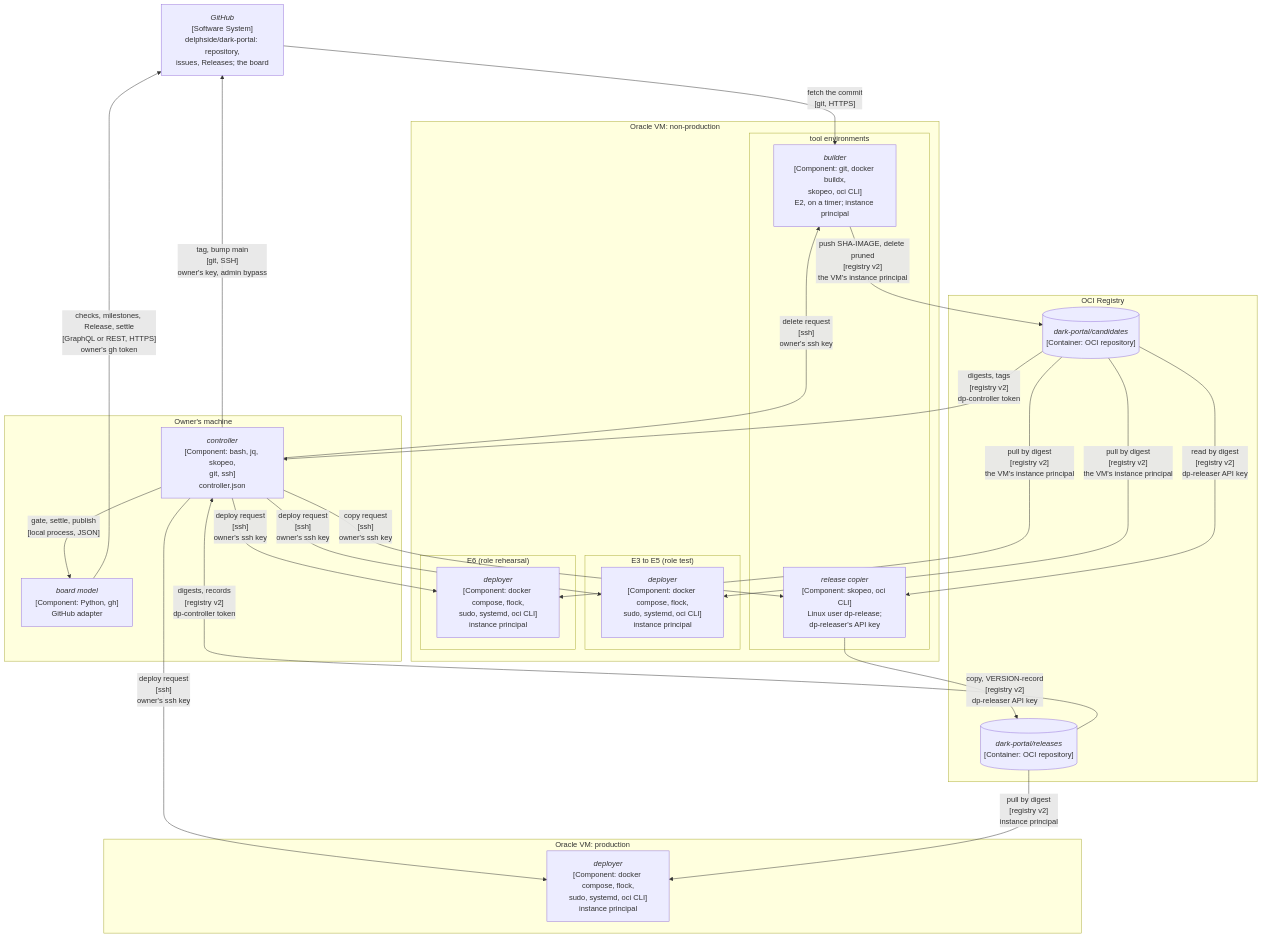
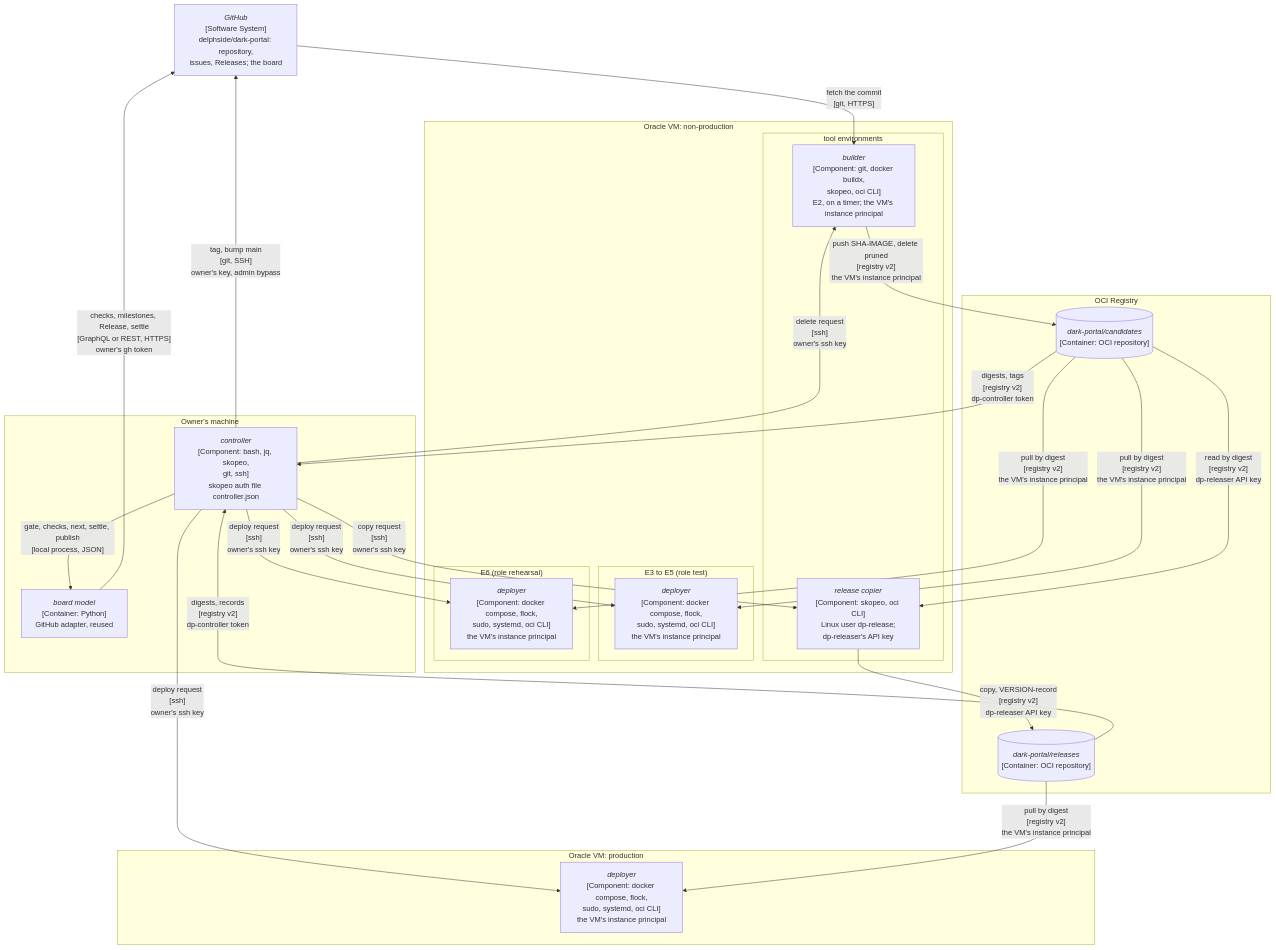
Before and after one commit to delphside/programme: the fourth of 6 diagrams in records/2.5-changes/programme-tooling/117-generic-deliver-tool/design.md, drawn with Mermaid. The commit also changed other lines of this file and 2 other files, not shown here.

First line of the commit message:
Change 117: apply the document reviews of the board model's part

````diff
--- a/records/2.5-changes/programme-tooling/117-generic-deliver-tool/design.md
+++ b/records/2.5-changes/programme-tooling/117-generic-deliver-tool/design.md
@@ -242,44 +241,44 @@
 ```mermaid
 flowchart TB
   GH["<i>GitHub</i><br>[Software System]<br>delphside/dark-portal: repository,<br>issues, Releases; the board"]
   subgraph OWNER["Owner's machine"]
-    CTL["<i>controller</i><br>[Component: bash, jq, skopeo,<br>git, ssh]<br>controller.json"]
-    BM["<i>board model</i><br>[Component: Python, gh]<br>GitHub adapter"]
+    CTL["<i>controller</i><br>[Component: bash, jq, skopeo,<br>git, ssh]<br>skopeo auth file controller.json"]
+    BM["<i>board model</i><br>[Container: Python]<br>GitHub adapter, reused"]
   end
   subgraph OCIR["OCI Registry"]
     CAND[("<i>dark-portal/candidates</i><br>[Container: OCI repository]")]
     REL[("<i>dark-portal/releases</i><br>[Container: OCI repository]")]
   end
   subgraph NONPROD["Oracle VM: non-production"]
     subgraph TOOLS["tool environments"]
-      BLD["<i>builder</i><br>[Component: git, docker buildx,<br>skopeo, oci CLI]<br>E2, on a timer; instance principal"]
+      BLD["<i>builder</i><br>[Component: git, docker buildx,<br>skopeo, oci CLI]<br>E2, on a timer; the VM's instance principal"]
       COPY["<i>release copier</i><br>[Component: skopeo, oci CLI]<br>Linux user dp-release;<br>dp-releaser's API key"]
     end
     subgraph TEST["E3 to E5 (role test)"]
-      DEPT["<i>deployer</i><br>[Component: docker compose, flock,<br>sudo, systemd, oci CLI]<br>instance principal"]
+      DEPT["<i>deployer</i><br>[Component: docker compose, flock,<br>sudo, systemd, oci CLI]<br>the VM's instance principal"]
     end
     subgraph REH["E6 (role rehearsal)"]
-      DEPR["<i>deployer</i><br>[Component: docker compose, flock,<br>sudo, systemd, oci CLI]<br>instance principal"]
+      DEPR["<i>deployer</i><br>[Component: docker compose, flock,<br>sudo, systemd, oci CLI]<br>the VM's instance principal"]
     end
   end
   subgraph PRODVM["Oracle VM: production"]
-    DEPX["<i>deployer</i><br>[Component: docker compose, flock,<br>sudo, systemd, oci CLI]<br>instance principal"]
+    DEPX["<i>deployer</i><br>[Component: docker compose, flock,<br>sudo, systemd, oci CLI]<br>the VM's instance principal"]
   end
   GH -->|"fetch the commit<br>[git, HTTPS]"| BLD
-  CTL -->|"gate, settle, publish<br>[local process, JSON]"| BM
+  CTL -->|"gate, checks, next, settle, publish<br>[local process, JSON]"| BM
   BM -->|"checks, milestones, Release, settle<br>[GraphQL or REST, HTTPS]<br>owner's gh token"| GH
   CTL -->|"tag, bump main<br>[git, SSH]<br>owner's key, admin bypass"| GH
   BLD -->|"push SHA-IMAGE, delete pruned<br>[registry v2]<br>the VM's instance principal"| CAND
   CAND -->|"digests, tags<br>[registry v2]<br>dp-controller token"| CTL
   REL -->|"digests, records<br>[registry v2]<br>dp-controller token"| CTL
   CTL -->|"delete request<br>[ssh]<br>owner's ssh key"| BLD
   CTL -->|"copy request<br>[ssh]<br>owner's ssh key"| COPY
   CAND -->|"read by digest<br>[registry v2]<br>dp-releaser API key"| COPY
   COPY -->|"copy, VERSION-record<br>[registry v2]<br>dp-releaser API key"| REL
   CTL -->|"deploy request<br>[ssh]<br>owner's ssh key"| DEPT
   CTL -->|"deploy request<br>[ssh]<br>owner's ssh key"| DEPR
   CTL -->|"deploy request<br>[ssh]<br>owner's ssh key"| DEPX
   CAND -->|"pull by digest<br>[registry v2]<br>the VM's instance principal"| DEPT
   CAND -->|"pull by digest<br>[registry v2]<br>the VM's instance principal"| DEPR
-  REL -->|"pull by digest<br>[registry v2]<br>instance principal"| DEPX
+  REL -->|"pull by digest<br>[registry v2]<br>the VM's instance principal"| DEPX
 ```
````
